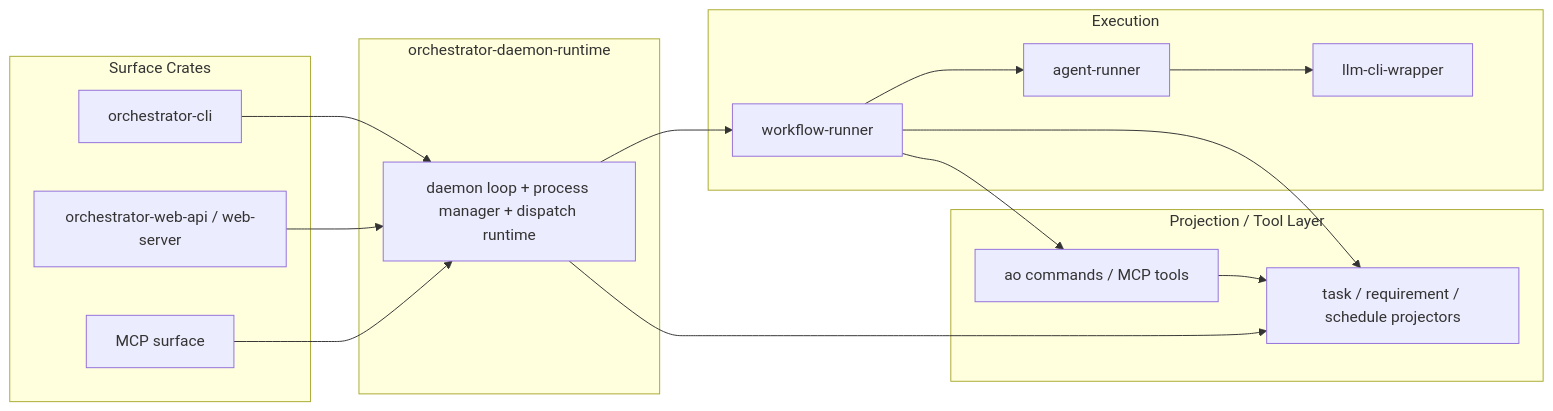
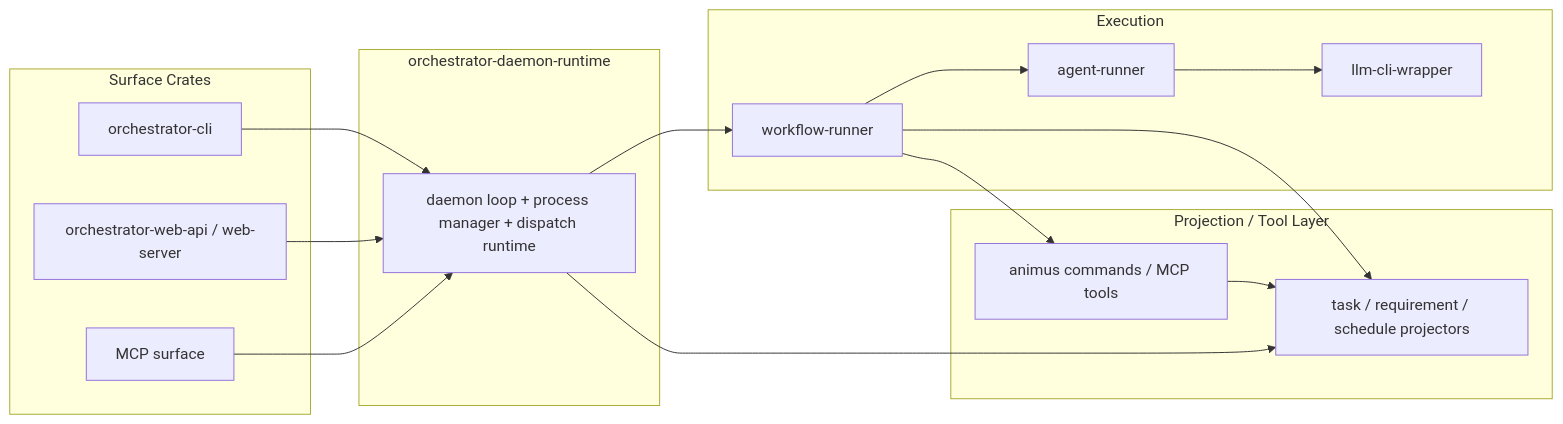
One commit to launchapp-dev/ao-cli changed the second of 2 diagrams in docs/architecture/subject-dispatch-daemon.md. Above: the diagram before and after it, drawn with Mermaid. The commit also changed other lines of this file and 48 other files, not shown here.

````diff
--- a/docs/architecture/subject-dispatch-daemon.md
+++ b/docs/architecture/subject-dispatch-daemon.md
@@ -143,35 +143,35 @@
 ```mermaid
 flowchart LR
   subgraph Surface["Surface Crates"]
     CLI["orchestrator-cli"]
     WEB["orchestrator-web-api / web-server"]
     MCP["MCP surface"]
   end
 
   subgraph Projection["Projection / Tool Layer"]
     PROJ["task / requirement / schedule projectors"]
-    TOOLS["ao commands / MCP tools"]
+    TOOLS["animus commands / MCP tools"]
   end
 
   subgraph Daemon["orchestrator-daemon-runtime"]
     DRT["daemon loop + process manager + dispatch runtime"]
   end
 
   subgraph Workflow["Execution"]
     WFR["workflow-runner"]
     AR["agent-runner"]
     WRAP["llm-cli-wrapper"]
   end
 
   CLI --> DRT
   WEB --> DRT
   MCP --> DRT
   DRT --> WFR
   WFR --> AR
   AR --> WRAP
 
   DRT --> PROJ
   WFR --> PROJ
   WFR --> TOOLS
   TOOLS --> PROJ
 ```
````
